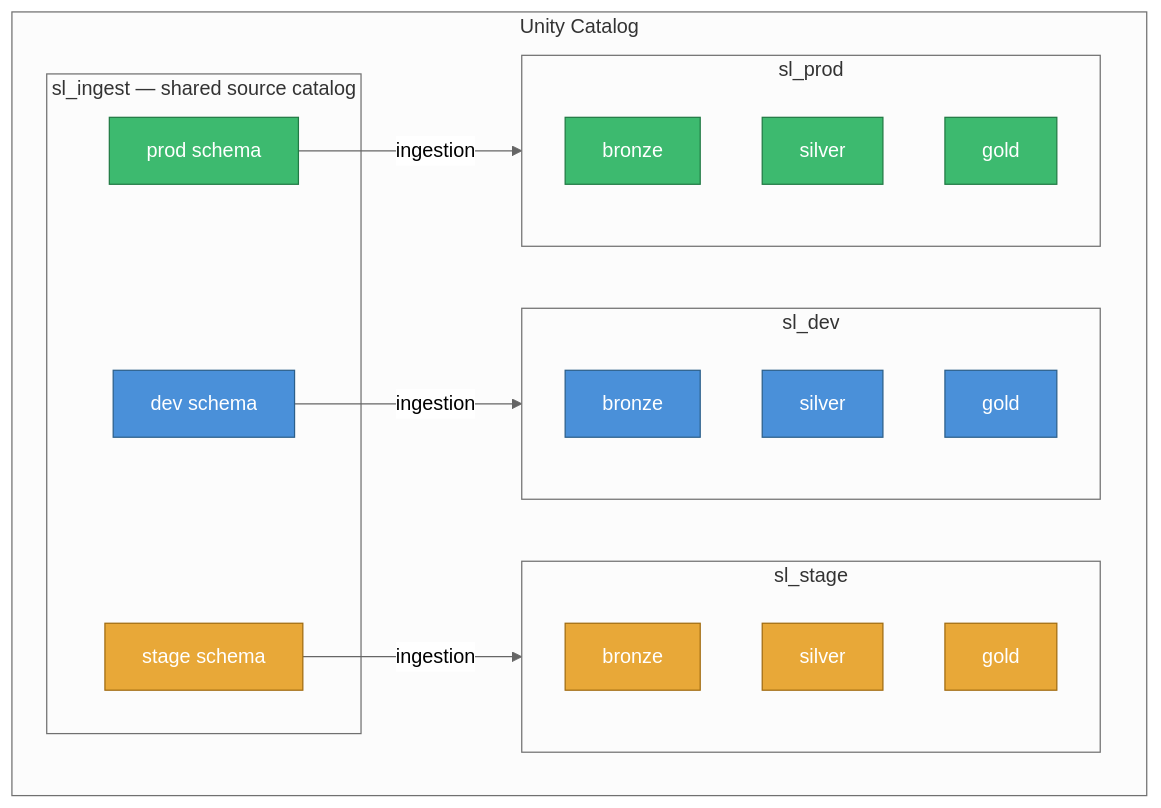
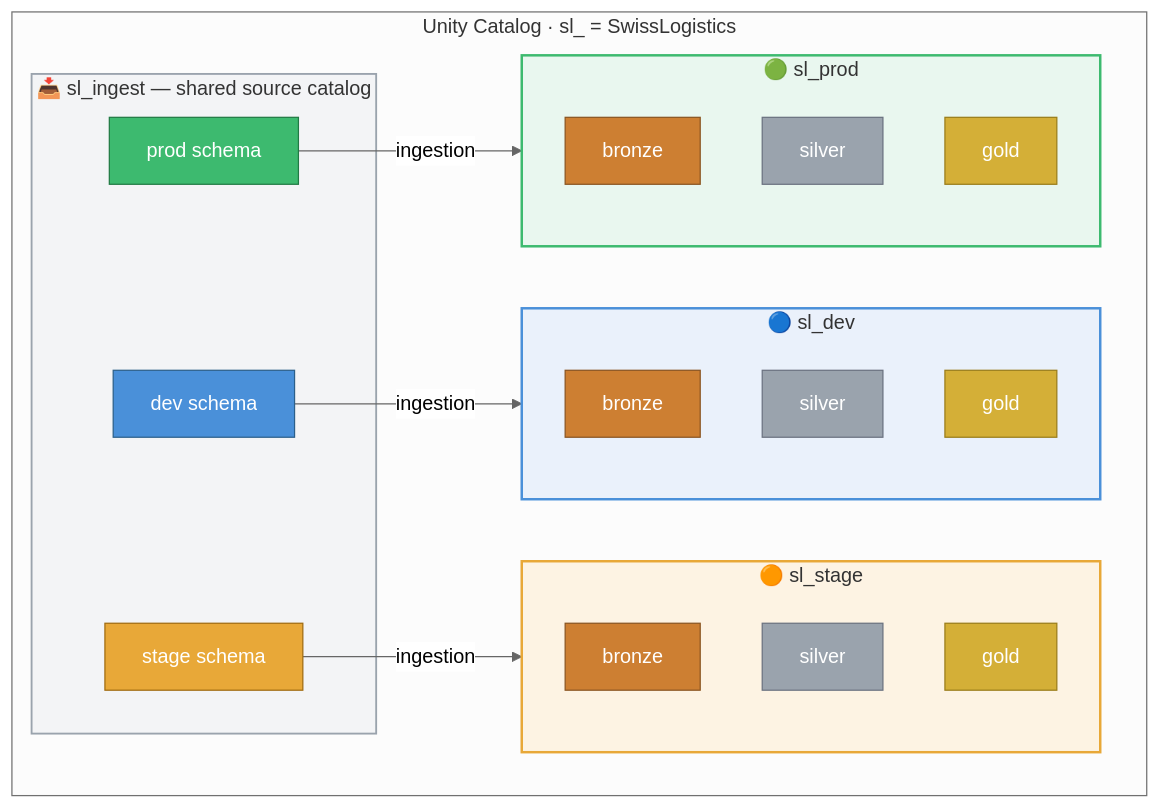
The fourth of 5 diagrams in README.md (schmucas/databricks_de_professional_practice), drawn with Mermaid (neutral theme) before and after one commit. The commit also changed other lines of this file and 3 other files, not shown here.

````diff
--- a/README.md
+++ b/README.md
@@ -115,36 +192,44 @@
 ```mermaid
 flowchart TB
-    subgraph UC["Unity Catalog"]
-        subgraph ingest["sl_ingest — shared source catalog"]
+    subgraph UC["Unity Catalog · sl_ = SwissLogistics"]
+        subgraph ingest["📥 sl_ingest — shared source catalog"]
             I_DEV[dev schema]:::dev
             I_STG[stage schema]:::stage
             I_PRD[prod schema]:::prod
         end
 
-        subgraph stage_cat["sl_stage"]
-            ST_B[bronze]:::stage
-            ST_S[silver]:::stage
-            ST_G[gold]:::stage
+        subgraph dev_cat["🔵 sl_dev"]
+            D_B[bronze]:::bronze
+            D_S[silver]:::silver
+            D_G[gold]:::gold
         end
 
-        subgraph dev_cat["sl_dev"]
-            D_B[bronze]:::dev
-            D_S[silver]:::dev
-            D_G[gold]:::dev
+        subgraph stage_cat["🟠 sl_stage"]
+            ST_B[bronze]:::bronze
+            ST_S[silver]:::silver
+            ST_G[gold]:::gold
         end
 
-        subgraph prod_cat["sl_prod"]
-            P_B[bronze]:::prod
-            P_S[silver]:::prod
-            P_G[gold]:::prod
+        subgraph prod_cat["🟢 sl_prod"]
+            P_B[bronze]:::bronze
+            P_S[silver]:::silver
+            P_G[gold]:::gold
         end
     end
 
     I_DEV -->|ingestion| dev_cat
     I_STG -->|ingestion| stage_cat
     I_PRD -->|ingestion| prod_cat
 
-    classDef dev  fill:#4a90d9,stroke:#2c5f8a,color:#fff
-    classDef stage fill:#e8a838,stroke:#a06b10,color:#fff
-    classDef prod  fill:#3dba6f,stroke:#217a44,color:#fff
+    classDef dev    fill:#4a90d9,stroke:#2c5f8a,color:#fff
+    classDef stage  fill:#e8a838,stroke:#a06b10,color:#fff
+    classDef prod   fill:#3dba6f,stroke:#217a44,color:#fff
+    classDef bronze fill:#cd7f32,stroke:#8a5522,color:#fff
+    classDef silver fill:#9aa3ad,stroke:#6b7280,color:#fff
+    classDef gold   fill:#d4af37,stroke:#9a7d1a,color:#fff
+
+    style ingest    fill:#f3f4f6,stroke:#9aa3ad,stroke-width:1.5px
+    style dev_cat   fill:#eaf1fb,stroke:#4a90d9,stroke-width:2px
+    style stage_cat fill:#fdf3e3,stroke:#e8a838,stroke-width:2px
+    style prod_cat  fill:#e9f7ef,stroke:#3dba6f,stroke-width:2px
 ```
````
